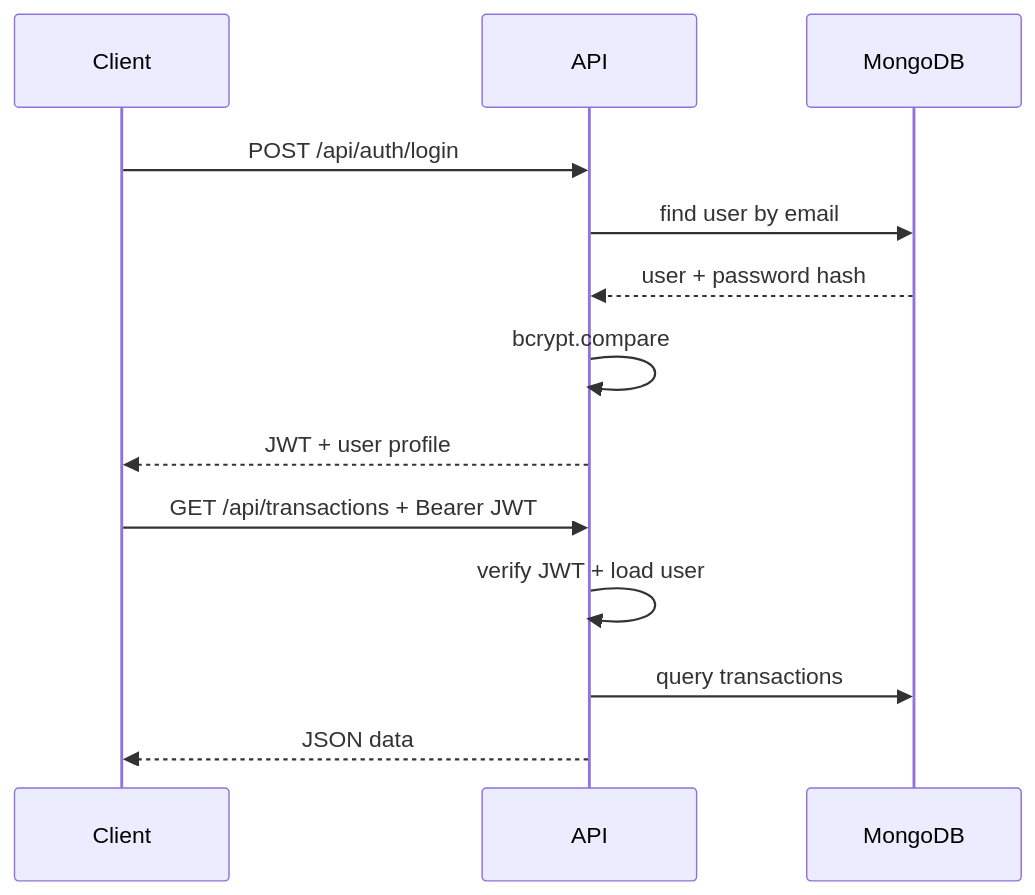
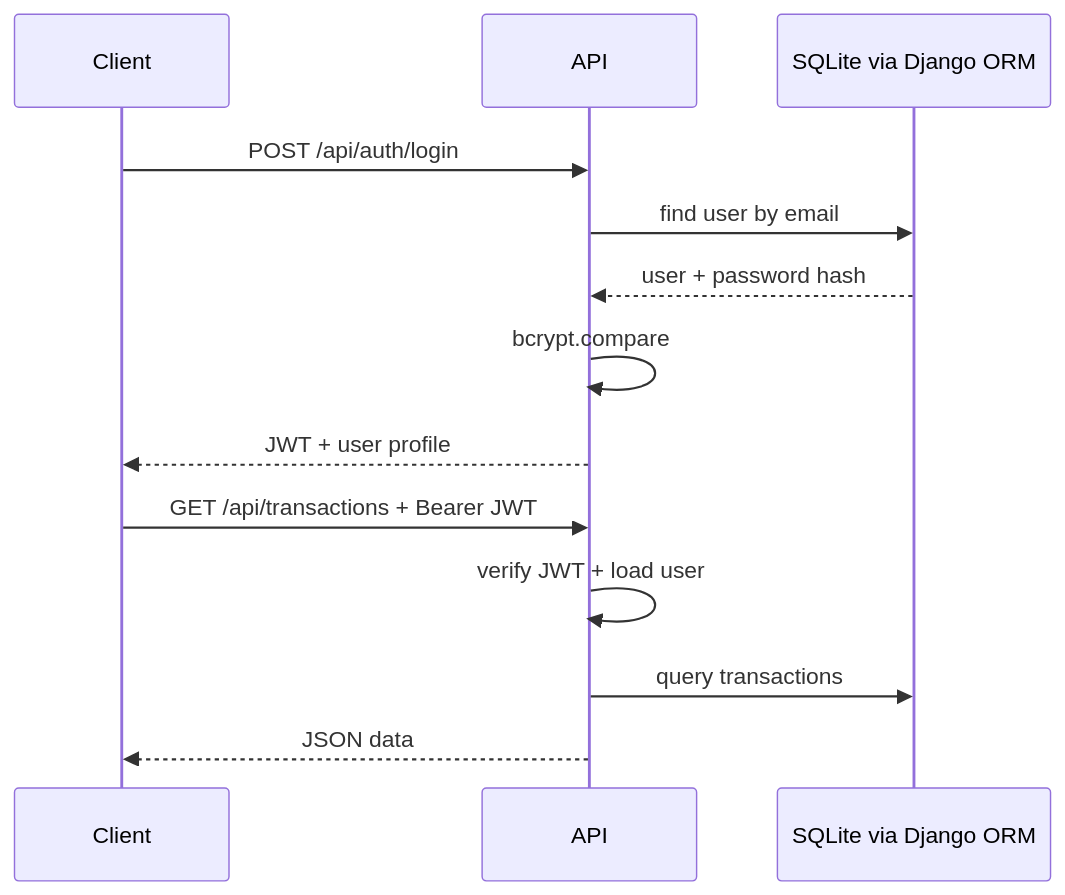
The diagram in docs/IT6006_DOCUMENTATION.md (M-Moiz-Farooq/Nebulax), drawn with Mermaid before and after one commit. The commit also changed other lines of this file and 5 other files, not shown here.

````diff
--- a/docs/IT6006_DOCUMENTATION.md
+++ b/docs/IT6006_DOCUMENTATION.md
@@ -80,15 +83,15 @@
 ```mermaid
 sequenceDiagram
   participant C as Client
   participant A as API
-  participant D as MongoDB
+  participant D as SQLite via Django ORM
   C->>A: POST /api/auth/login
   A->>D: find user by email
   D-->>A: user + password hash
   A->>A: bcrypt.compare
   A-->>C: JWT + user profile
   C->>A: GET /api/transactions + Bearer JWT
   A->>A: verify JWT + load user
   A->>D: query transactions
   A-->>C: JSON data
 ```
````
